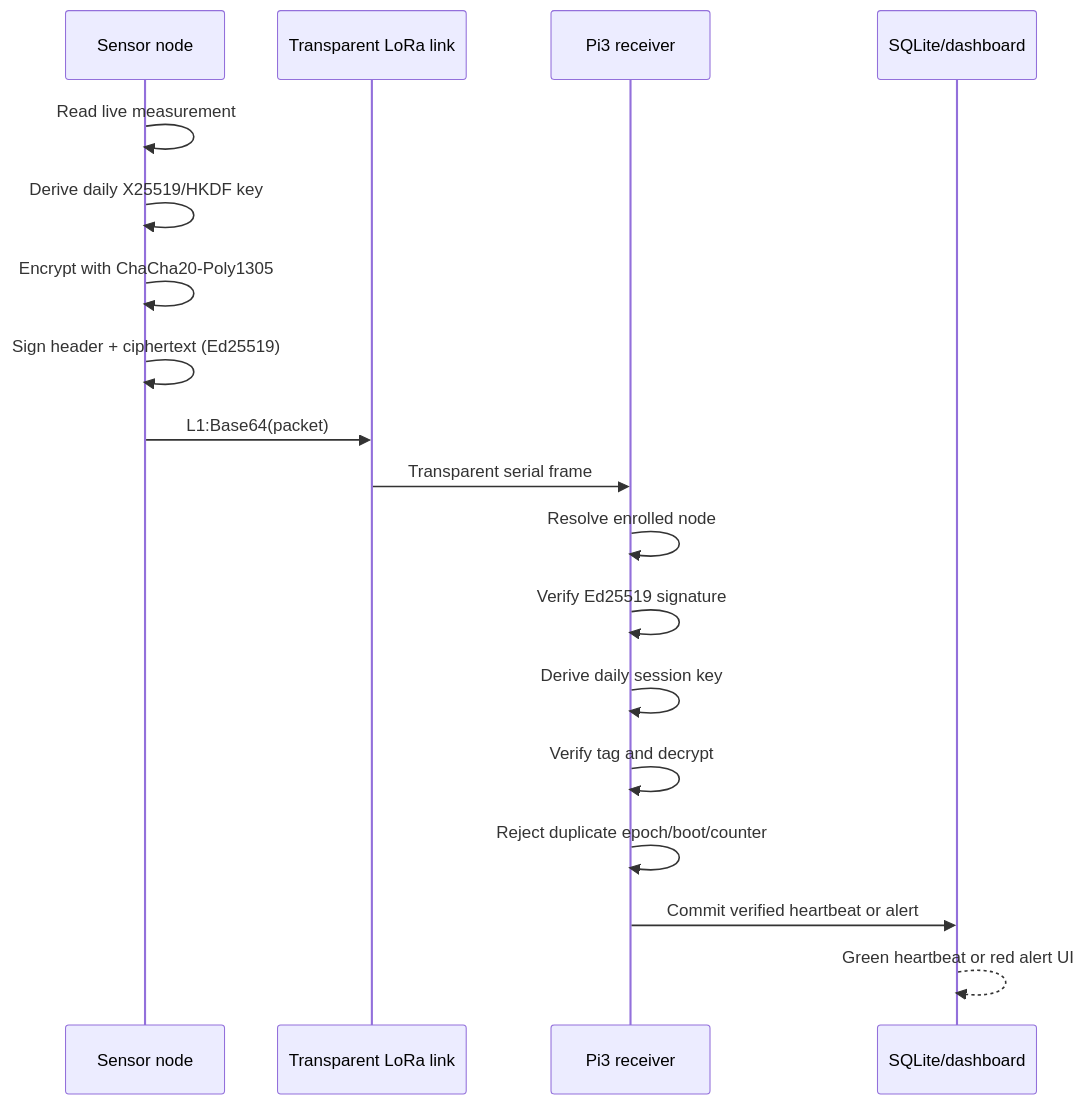
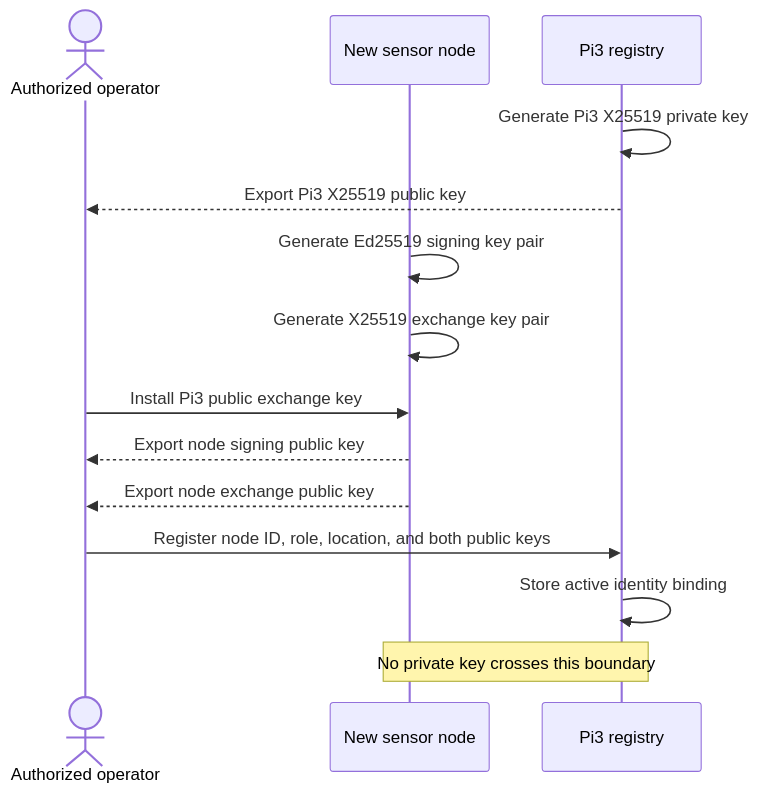
The fifth of 12 diagrams in README.md (RodrigoGaluppo/HackYeah2026-LayerOne), drawn with Mermaid before and after one commit. The commit also changed other lines of this file, not shown here.

````diff
--- a/README.md
+++ b/README.md
@@ -197,21 +254,17 @@
 ```mermaid
 sequenceDiagram
-    participant N as Sensor node
-    participant L as Transparent LoRa link
-    participant R as Pi3 receiver
-    participant D as SQLite/dashboard
+    actor O as Authorized operator
+    participant N as New sensor node
+    participant R as Pi3 registry
 
-    N->>N: Read live measurement
-    N->>N: Derive daily X25519/HKDF key
-    N->>N: Encrypt with ChaCha20-Poly1305
-    N->>N: Sign header + ciphertext (Ed25519)
-    N->>L: L1:Base64(packet)
-    L->>R: Transparent serial frame
-    R->>R: Resolve enrolled node
-    R->>R: Verify Ed25519 signature
-    R->>R: Derive daily session key
-    R->>R: Verify tag and decrypt
-    R->>R: Reject duplicate epoch/boot/counter
-    R->>D: Commit verified heartbeat or alert
-    D-->>D: Green heartbeat or red alert UI
+    R->>R: Generate Pi3 X25519 private key
+    R-->>O: Export Pi3 X25519 public key
+    N->>N: Generate Ed25519 signing key pair
+    N->>N: Generate X25519 exchange key pair
+    O->>N: Install Pi3 public exchange key
+    N-->>O: Export node signing public key
+    N-->>O: Export node exchange public key
+    O->>R: Register node ID, role, location, and both public keys
+    R->>R: Store active identity binding
+    Note over N,R: No private key crosses this boundary
 ```
````
